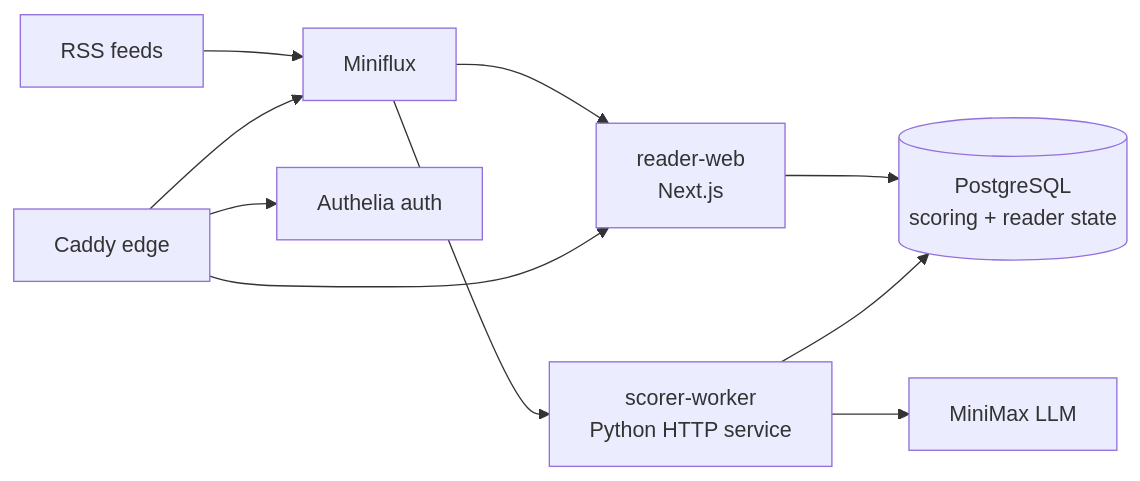
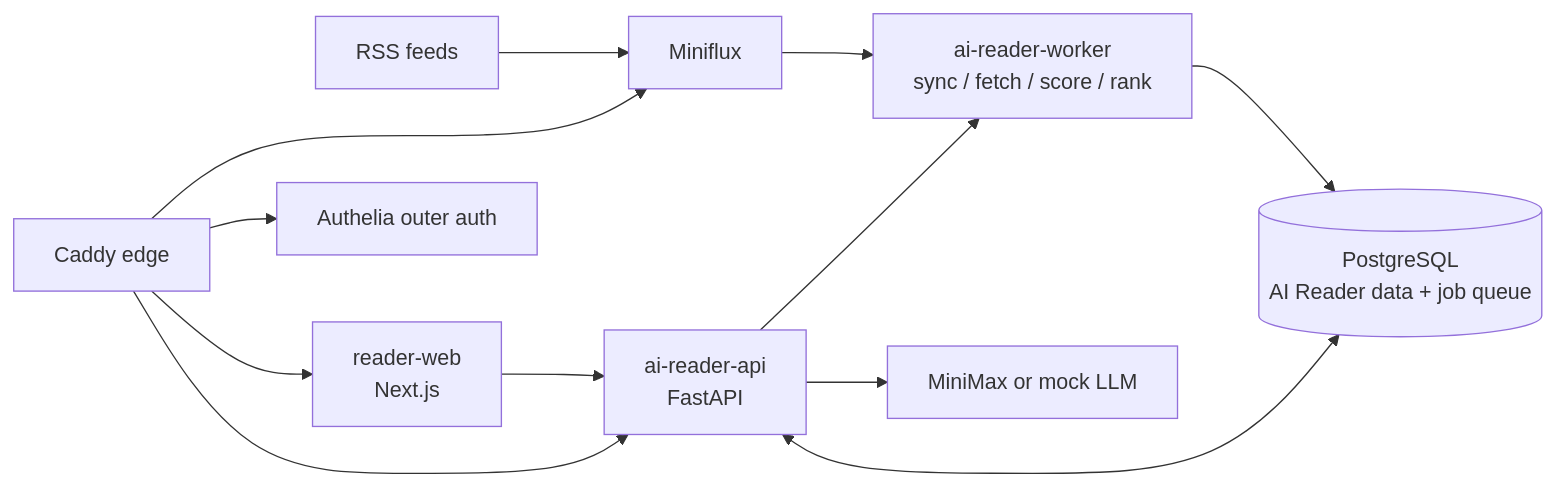
Before and after one commit to blankhoney/reno_rss: the diagram in README.md, drawn with Mermaid. The commit also changed other lines of this file and 3 other files, not shown here.

````diff
--- a/README.md
+++ b/README.md
@@ -38,12 +56,14 @@
 ```mermaid
 flowchart LR
   RSS[RSS feeds] --> Miniflux[Miniflux]
-  Miniflux --> Reader[reader-web<br/>Next.js]
-  Miniflux --> Scorer[scorer-worker<br/>Python HTTP service]
-  Scorer --> LLM[MiniMax LLM]
-  Reader --> DB[(PostgreSQL<br/>scoring + reader state)]
-  Scorer --> DB
-  Caddy[Caddy edge] --> Authelia[Authelia auth]
-  Caddy --> Reader
+  Miniflux --> Worker[ai-reader-worker<br/>sync / fetch / score / rank]
+  Worker --> DB[(PostgreSQL<br/>AI Reader data + job queue)]
+  API[ai-reader-api<br/>FastAPI] <--> DB
+  API --> Worker
+  API --> LLM[MiniMax or mock LLM]
+  Web[reader-web<br/>Next.js] --> API
+  Caddy[Caddy edge] --> Web
+  Caddy --> API
   Caddy --> Miniflux
+  Caddy --> Authelia[Authelia outer auth]
 ```
````
